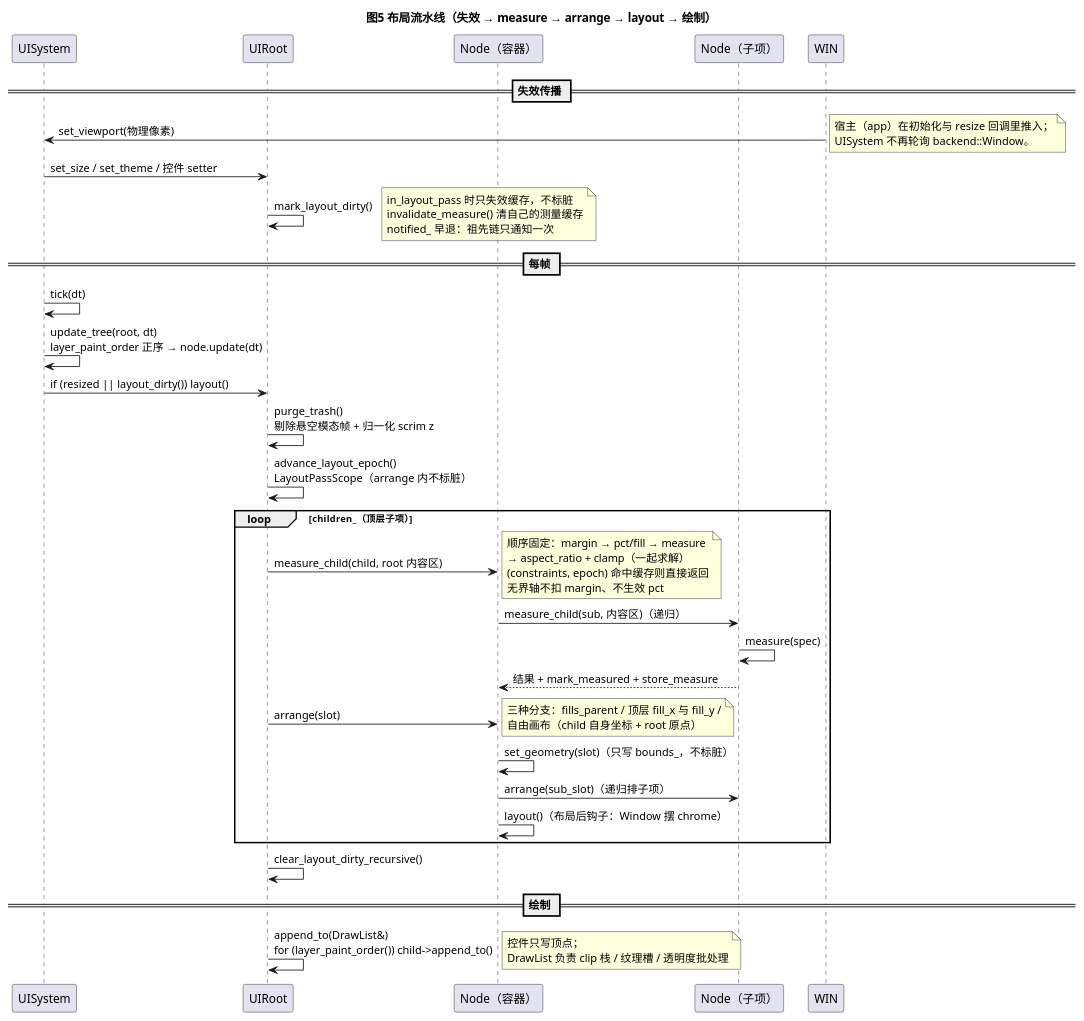
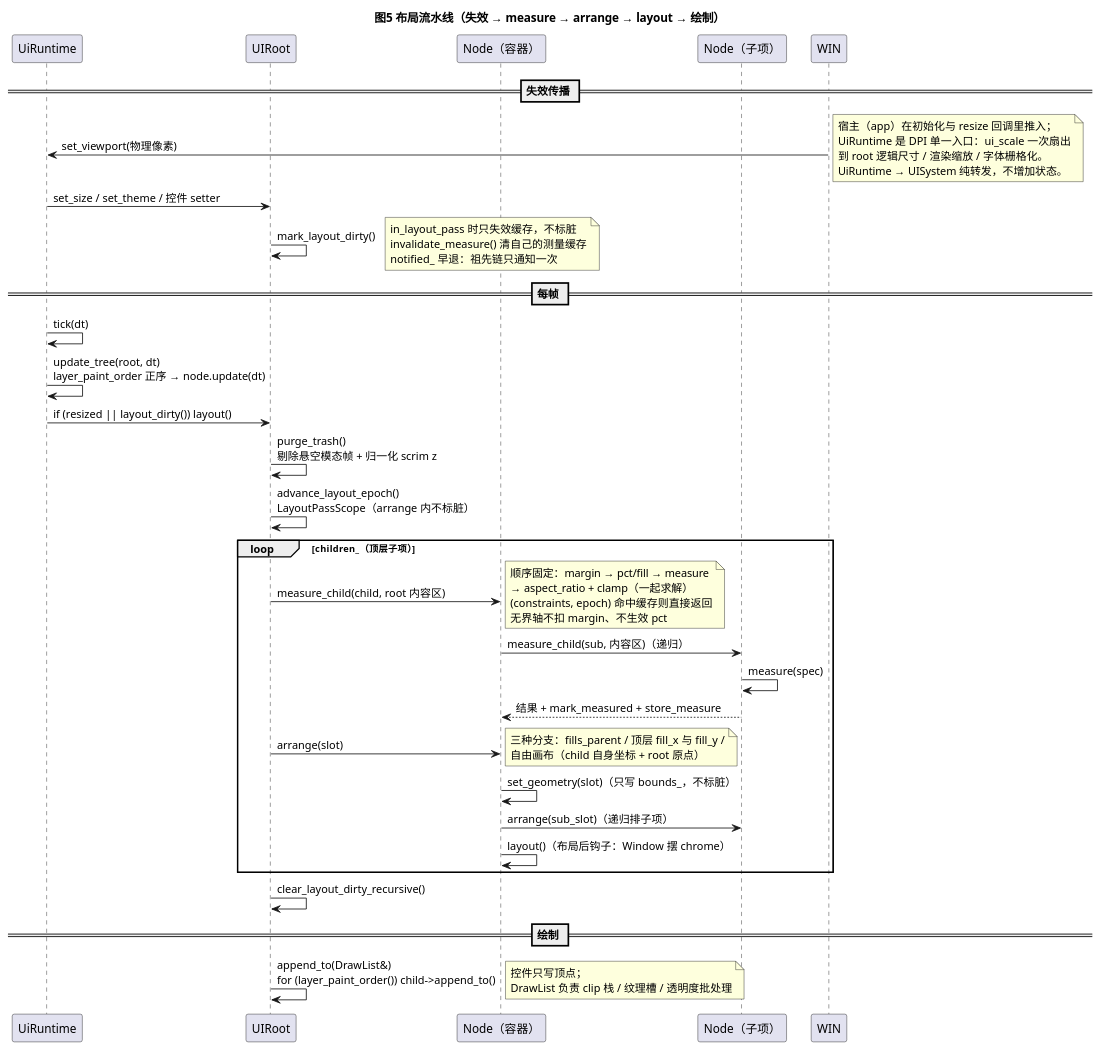
The diagram in .design/uml/05-layout-pipeline.puml (zxionf/cosine), drawn with PlantUML before and after one commit. The commit also changed 22 other files, not shown here.

Commit message:
refactor(ui): 抽 UiRuntime 作为 UI 组合根，DPI 与宿主注入收口

```diff
--- a/.design/uml/05-layout-pipeline.puml
+++ b/.design/uml/05-layout-pipeline.puml
@@ -1,61 +1,63 @@
 @startuml
 title 图5 布局流水线（失效 → measure → arrange → layout → 绘制）
 
 skinparam defaultFontName "Microsoft YaHei"
 skinparam shadowing false
 
-participant "UISystem" as SYS
+participant "UiRuntime" as SYS
 participant "UIRoot" as ROOT
 participant "Node（容器）" as C
 participant "Node（子项）" as L
 
 == 失效传播 ==
 WIN -> SYS : set_viewport(物理像素)
 note right
   宿主（app）在初始化与 resize 回调里推入；
-  UISystem 不再轮询 backend::Window。
+  UiRuntime 是 DPI 单一入口：ui_scale 一次扇出
+  到 root 逻辑尺寸 / 渲染缩放 / 字体栅格化。
+  UiRuntime → UISystem 纯转发，不增加状态。
 end note
 SYS -> ROOT : set_size / set_theme / 控件 setter
 ROOT -> ROOT : mark_layout_dirty()
 note right
   in_layout_pass 时只失效缓存，不标脏
   invalidate_measure() 清自己的测量缓存
   notified_ 早退：祖先链只通知一次
 end note
 
 == 每帧 ==
 SYS -> SYS : tick(dt)
 SYS -> SYS : update_tree(root, dt)\nlayer_paint_order 正序 → node.update(dt)
 SYS -> ROOT : if (resized || layout_dirty()) layout()
 
 ROOT -> ROOT : purge_trash()\n剔除悬空模态帧 + 归一化 scrim z
 ROOT -> ROOT : advance_layout_epoch()\nLayoutPassScope（arrange 内不标脏）
 loop children_（顶层子项）
   ROOT -> C : measure_child(child, root 内容区)
   note right
     顺序固定：margin → pct/fill → measure
     → aspect_ratio + clamp（一起求解）
     (constraints, epoch) 命中缓存则直接返回
     无界轴不扣 margin、不生效 pct
   end note
   C -> L : measure_child(sub, 内容区)（递归）
   L -> L : measure(spec)
   L --> C : 结果 + mark_measured + store_measure
   ROOT -> C : arrange(slot)
   note right
     三种分支：fills_parent / 顶层 fill_x 与 fill_y /
     自由画布（child 自身坐标 + root 原点）
   end note
   C -> C : set_geometry(slot)（只写 bounds_，不标脏）
   C -> L : arrange(sub_slot)（递归排子项）
   C -> C : layout()（布局后钩子：Window 摆 chrome）
 end
 ROOT -> ROOT : clear_layout_dirty_recursive()
 
 == 绘制 ==
 ROOT -> ROOT : append_to(DrawList&)\nfor (layer_paint_order()) child->append_to()
 note right
   控件只写顶点；
   DrawList 负责 clip 栈 / 纹理槽 / 透明度批处理
 end note
 @enduml
```
